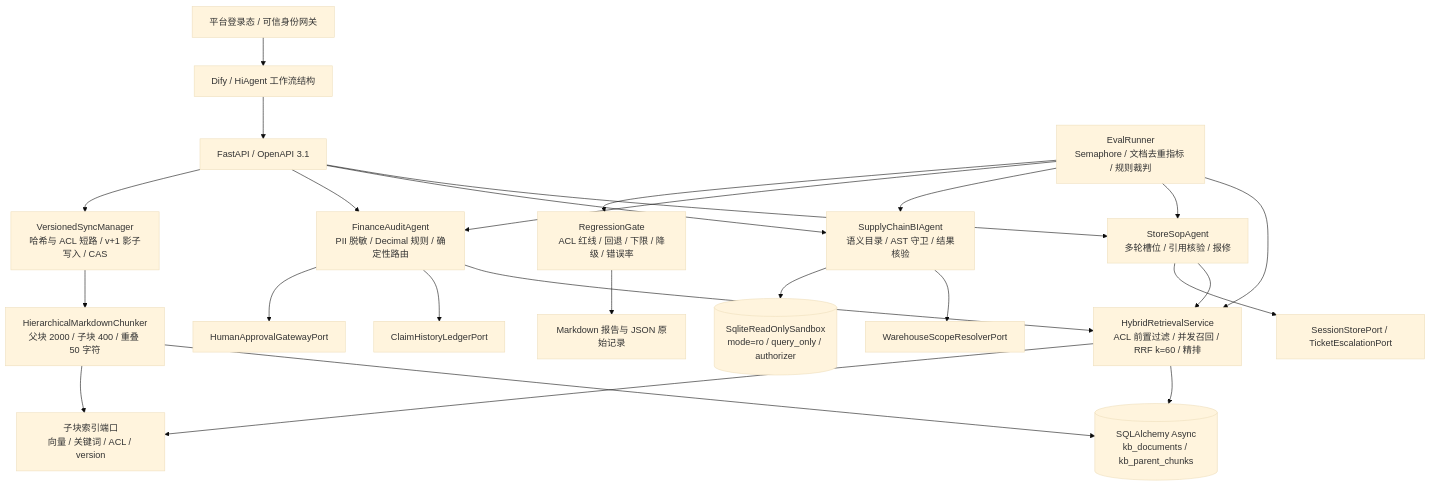
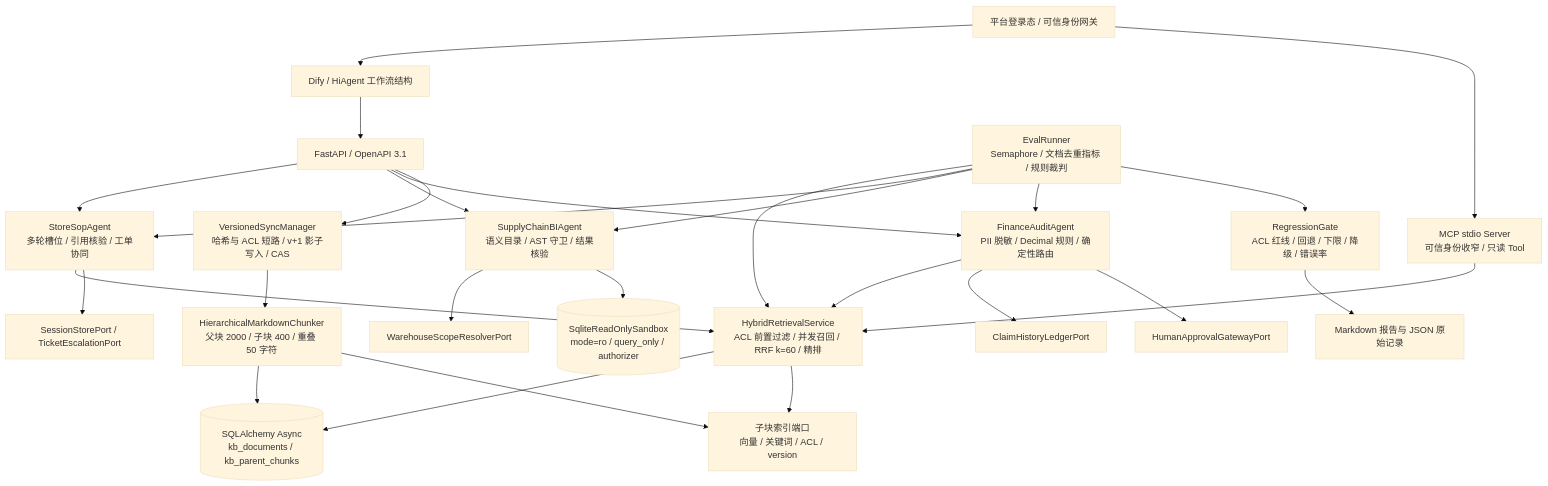
Before and after one commit to qksszjh1266-blip/enterprise-ai-platform: the diagram in README.md, drawn with Mermaid (base theme). The commit also changed other lines of this file and 112 other files, not shown here.

````diff
--- a/README.md
+++ b/README.md
@@ -47,27 +61,29 @@
 ```mermaid
 flowchart TB
     U["平台登录态 / 可信身份网关"] --> W["Dify / HiAgent 工作流结构"]
     W --> API["FastAPI / OpenAPI 3.1"]
-    API --> SOP["StoreSopAgent<br/>多轮槽位 / 引用核验 / 报修"]
+    U --> MCP["MCP stdio Server<br/>可信身份收窄 / 只读 Tool"]
+    API --> SOP["StoreSopAgent<br/>多轮槽位 / 引用核验 / 工单协同"]
     API --> BI["SupplyChainBIAgent<br/>语义目录 / AST 守卫 / 结果核验"]
     API --> FIN["FinanceAuditAgent<br/>PII 脱敏 / Decimal 规则 / 确定性路由"]
     API --> SYNC["VersionedSyncManager<br/>哈希与 ACL 短路 / v+1 影子写入 / CAS"]
     SYNC --> CHUNK["HierarchicalMarkdownChunker<br/>父块 2000 / 子块 400 / 重叠 50 字符"]
     CHUNK --> SQL[("SQLAlchemy Async<br/>kb_documents / kb_parent_chunks")]
     CHUNK --> IDX["子块索引端口<br/>向量 / 关键词 / ACL / version"]
     SOP --> RET["HybridRetrievalService<br/>ACL 前置过滤 / 并发召回 / RRF k=60 / 精排"]
     FIN --> RET
+    MCP --> RET
     RET --> SQL
     RET --> IDX
     BI --> SCOPE["WarehouseScopeResolverPort"]
     BI --> DB[("SqliteReadOnlySandbox<br/>mode=ro / query_only / authorizer")]
     FIN --> LEDGER["ClaimHistoryLedgerPort"]
     FIN --> OA["HumanApprovalGatewayPort"]
     SOP --> TICKET["SessionStorePort / TicketEscalationPort"]
     EVAL["EvalRunner<br/>Semaphore / 文档去重指标 / 规则裁判"] --> RET
     EVAL --> SOP
     EVAL --> BI
     EVAL --> FIN
     EVAL --> GATE["RegressionGate<br/>ACL 红线 / 回退 / 下限 / 降级 / 错误率"]
     GATE --> REPORT["Markdown 报告与 JSON 原始记录"]
 ```
````
